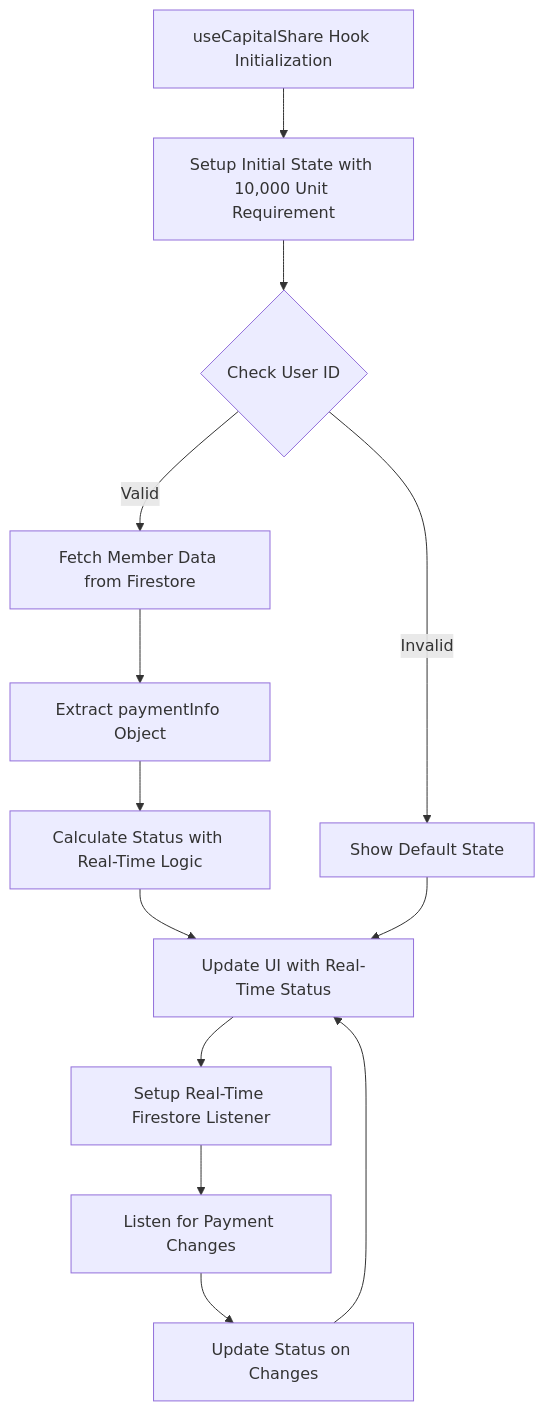
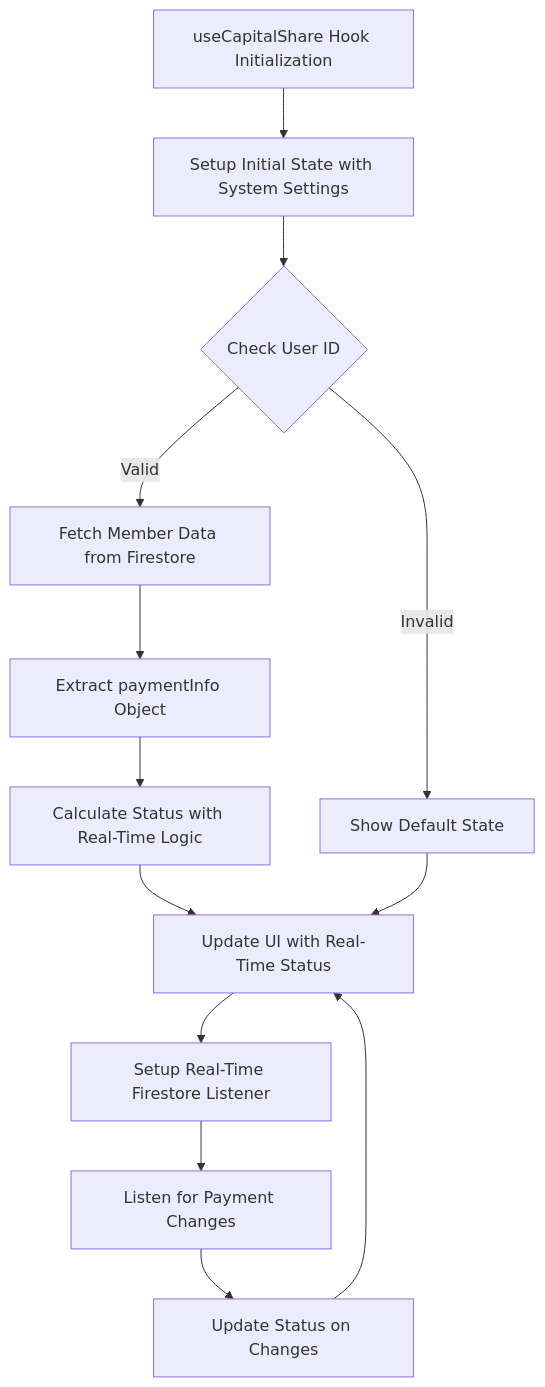
One commit to Unsure-bry/sampacoop_system changed diagram 16 of 18 in .qoder/repowiki/en/content/Project Overview/Core Features & Functionality/Administrative Features/Capital Shares Management System.md. Above: the diagram before and after it, drawn with Mermaid. The commit also changed other lines of this file and 5 other files, not shown here.

````diff
--- a/.qoder/repowiki/en/content/Project Overview/Core Features & Functionality/Administrative Features/Capital Shares Management System.md
+++ b/.qoder/repowiki/en/content/Project Overview/Core Features & Functionality/Administrative Features/Capital Shares Management System.md
@@ -752,15 +899,15 @@
 ```mermaid
 flowchart TD
-HookInitialization[useCapitalShare Hook Initialization] --> SetupState[Setup Initial State with 10,000 Unit Requirement]
+HookInitialization[useCapitalShare Hook Initialization] --> SetupState[Setup Initial State with System Settings]
 SetupState --> CheckUserId{Check User ID}
 CheckUserId --> |Valid| FetchMemberData[Fetch Member Data from Firestore]
 CheckUserId --> |Invalid| ShowDefaultState[Show Default State]
 FetchMemberData --> ExtractPaymentInfo[Extract paymentInfo Object]
 ExtractPaymentInfo --> CalculateStatus[Calculate Status with Real-Time Logic]
 CalculateStatus --> UpdateUI[Update UI with Real-Time Status]
 ShowDefaultState --> UpdateUI
 UpdateUI --> SetupRealTimeListener[Setup Real-Time Firestore Listener]
 SetupRealTimeListener --> ListenForUpdates[Listen for Payment Changes]
 ListenForUpdates --> UpdateStatus[Update Status on Changes]
 UpdateStatus --> UpdateUI
 ```
````
